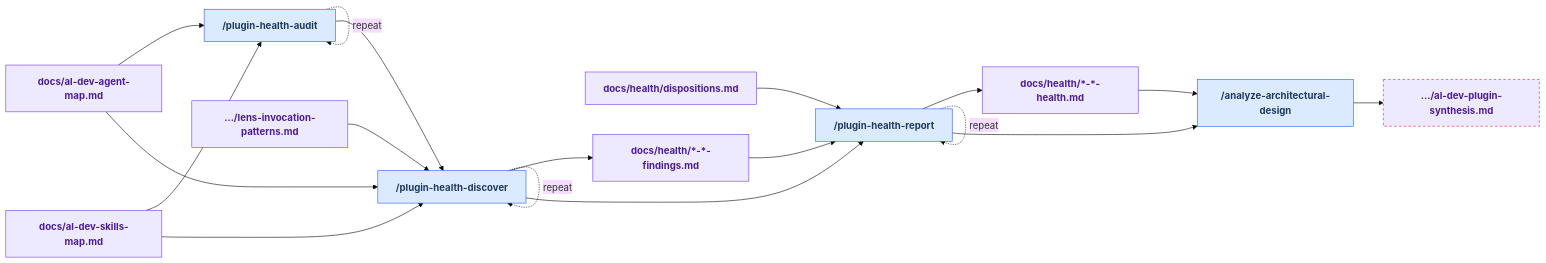
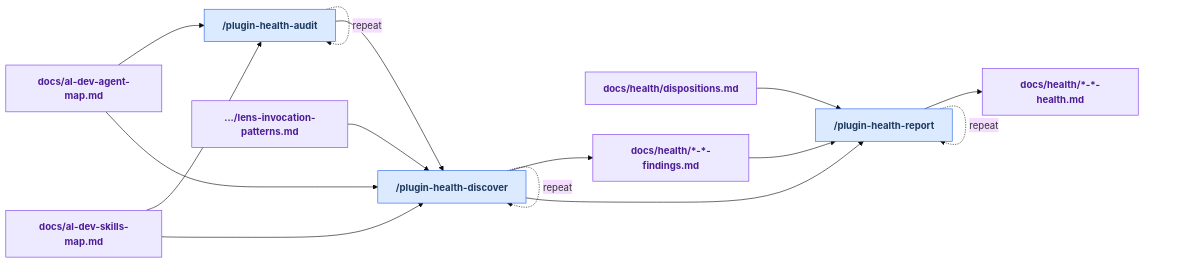
The third of 6 diagrams in docs/maintainer-tooling.md (russell-laing/al-dev-shared), drawn with Mermaid (base theme) before and after one commit. The commit also changed other lines of this file and 7 other files, not shown here.

Commit message:
♻️ refactor(tooling): retire architectural synthesis skill

````diff
--- a/docs/maintainer-tooling.md
+++ b/docs/maintainer-tooling.md
@@ -203,50 +200,43 @@
 ```mermaid
 flowchart LR
     classDef userSkill fill:#dbeafe,stroke:#2563eb,color:#1e3a5f,font-weight:bold
     classDef internalSkill fill:#f3f4f6,stroke:#6b7280,color:#374151,stroke-dasharray:5 5,font-weight:bold
     classDef artifact fill:#ede9fe,stroke:#7c3aed,color:#4c1d95,font-weight:bold
     classDef orphanArtifact fill:#ede9fe,stroke:#dc2626,color:#4c1d95,stroke-dasharray:4 4,font-weight:bold
     classDef manualStep fill:#fef3c7,stroke:#d97706,color:#78350f,font-weight:bold
 
-    skill_analyze_architectural_design["/analyze-architectural-design"]
     skill_plugin_health_audit["/plugin-health-audit"]
     skill_plugin_health_discover["/plugin-health-discover"]
     skill_plugin_health_report["/plugin-health-report"]
     art_docs_al_dev_agent_map_md["docs/al-dev-agent-map.md"]
-    art_docs_al_dev_plugin_synthesis_md[".../al-dev-plugin-synthesis.md"]
     art_docs_al_dev_skills_map_md["docs/al-dev-skills-map.md"]
     art_docs_health_____findings_md["docs/health/*-*-findings.md"]
     art_docs_health_____health_md["docs/health/*-*-health.md"]
     art_docs_health_dispositions_md["docs/health/dispositions.md"]
     art_profile_al_dev_shared_knowledge_lens_invocation_patterns_md[".../lens-invocation-patterns.md"]
 
-    art_docs_health_____health_md --> skill_analyze_architectural_design
-    skill_analyze_architectural_design --> art_docs_al_dev_plugin_synthesis_md
     art_docs_al_dev_agent_map_md --> skill_plugin_health_audit
     art_docs_al_dev_skills_map_md --> skill_plugin_health_audit
     skill_plugin_health_audit --> skill_plugin_health_discover
     skill_plugin_health_audit -. "repeat" .-> skill_plugin_health_audit
     art_docs_al_dev_agent_map_md --> skill_plugin_health_discover
     art_docs_al_dev_skills_map_md --> skill_plugin_health_discover
     art_profile_al_dev_shared_knowledge_lens_invocation_patterns_md --> skill_plugin_health_discover
     skill_plugin_health_discover --> art_docs_health_____findings_md
     skill_plugin_health_discover --> skill_plugin_health_report
     skill_plugin_health_discover -. "repeat" .-> skill_plugin_health_discover
     art_docs_health_____findings_md --> skill_plugin_health_report
     art_docs_health_dispositions_md --> skill_plugin_health_report
     skill_plugin_health_report --> art_docs_health_____health_md
-    skill_plugin_health_report --> skill_analyze_architectural_design
     skill_plugin_health_report -. "repeat" .-> skill_plugin_health_report
 
-    class skill_analyze_architectural_design userSkill
     class skill_plugin_health_audit userSkill
     class skill_plugin_health_discover userSkill
     class skill_plugin_health_report userSkill
     class art_docs_al_dev_agent_map_md artifact
-    class art_docs_al_dev_plugin_synthesis_md orphanArtifact
     class art_docs_al_dev_skills_map_md artifact
     class art_docs_health_____findings_md artifact
     class art_docs_health_____health_md artifact
     class art_docs_health_dispositions_md artifact
     class art_profile_al_dev_shared_knowledge_lens_invocation_patterns_md artifact
 ```
````
